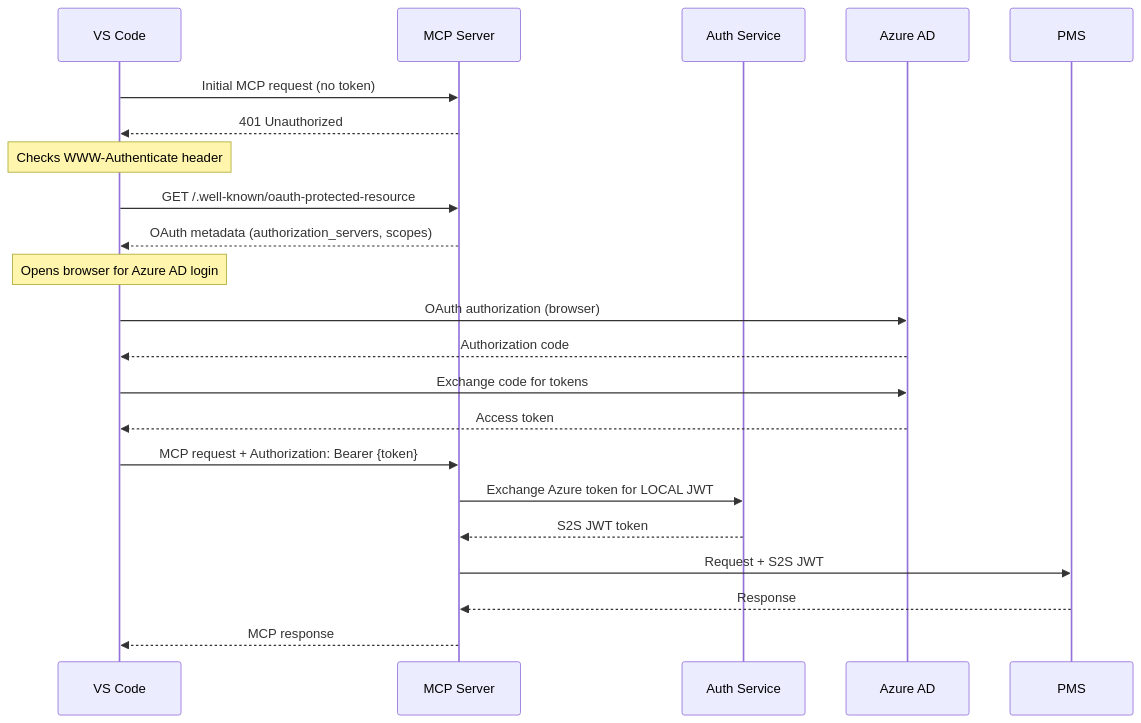
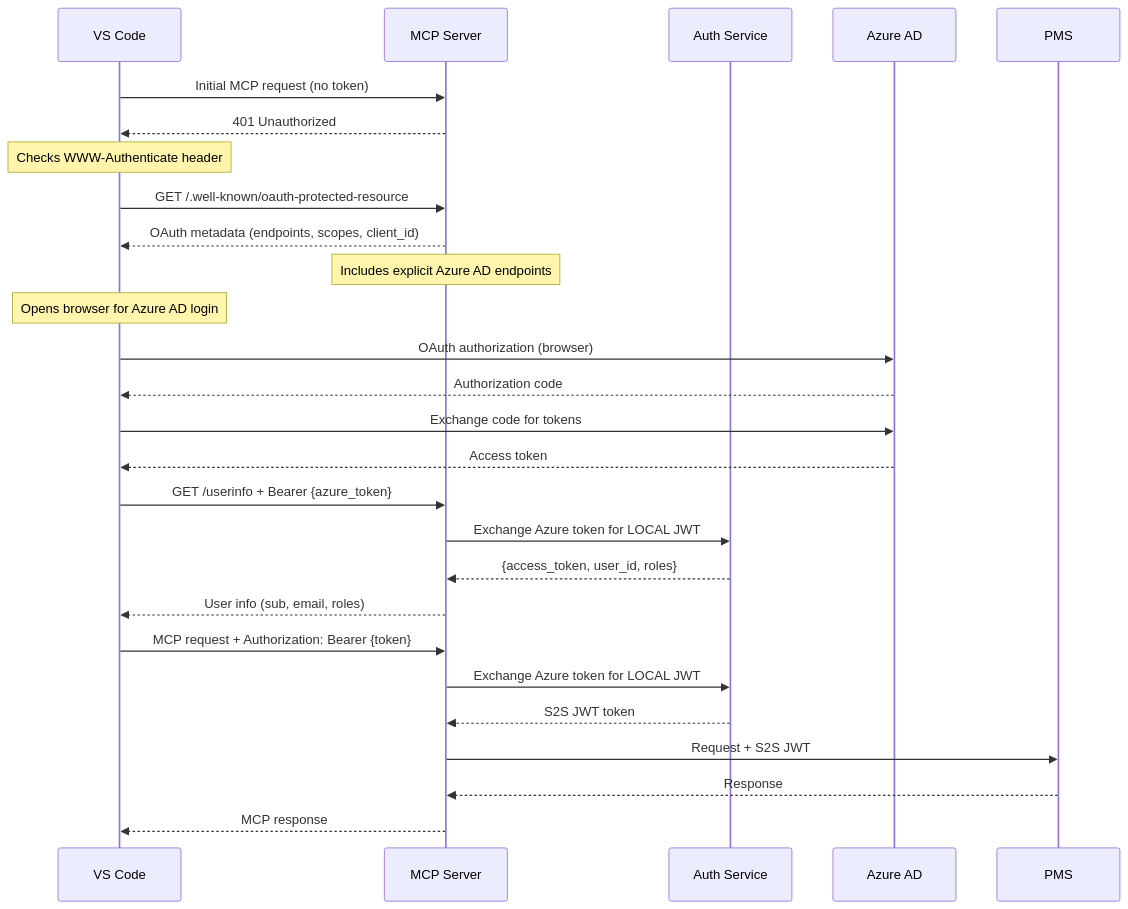
The second of 4 diagrams in git-epic-creator/services/neo4j_retrieval_mcp_server/README.md (vladavilov/playground), drawn with Mermaid before and after one commit. The commit also changed other lines of this file and 5 other files, not shown here.

````diff
--- a/git-epic-creator/services/neo4j_retrieval_mcp_server/README.md
+++ b/git-epic-creator/services/neo4j_retrieval_mcp_server/README.md
@@ -35,27 +35,33 @@
 ```mermaid
 sequenceDiagram
     participant VSCode as VS Code
     participant MCP as MCP Server
     participant Auth as Auth Service
     participant Azure as Azure AD
 
     VSCode->>MCP: Initial MCP request (no token)
     MCP-->>VSCode: 401 Unauthorized
     Note over VSCode: Checks WWW-Authenticate header
     
     VSCode->>MCP: GET /.well-known/oauth-protected-resource
-    MCP-->>VSCode: OAuth metadata (authorization_servers, scopes)
+    MCP-->>VSCode: OAuth metadata (endpoints, scopes, client_id)
+    Note over MCP: Includes explicit Azure AD endpoints
     
     Note over VSCode: Opens browser for Azure AD login
     VSCode->>Azure: OAuth authorization (browser)
     Azure-->>VSCode: Authorization code
     VSCode->>Azure: Exchange code for tokens
     Azure-->>VSCode: Access token
+    
+    VSCode->>MCP: GET /userinfo + Bearer {azure_token}
+    MCP->>Auth: Exchange Azure token for LOCAL JWT
+    Auth-->>MCP: {access_token, user_id, roles}
+    MCP-->>VSCode: User info (sub, email, roles)
     
     VSCode->>MCP: MCP request + Authorization: Bearer {token}
     MCP->>Auth: Exchange Azure token for LOCAL JWT
     Auth-->>MCP: S2S JWT token
     MCP->>PMS: Request + S2S JWT
     PMS-->>MCP: Response
     MCP-->>VSCode: MCP response
 ```
````
